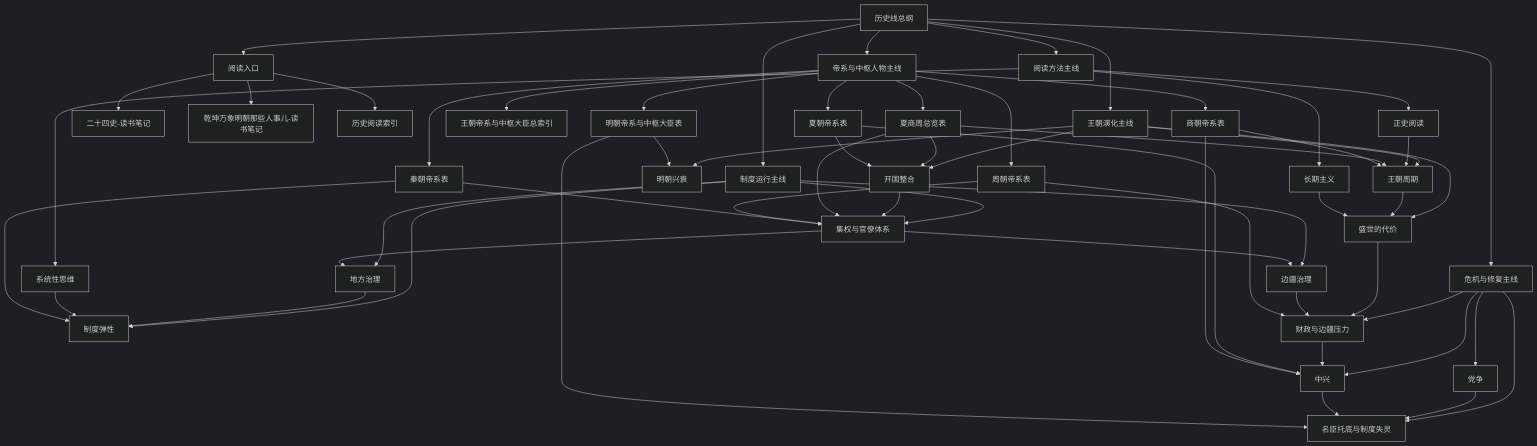
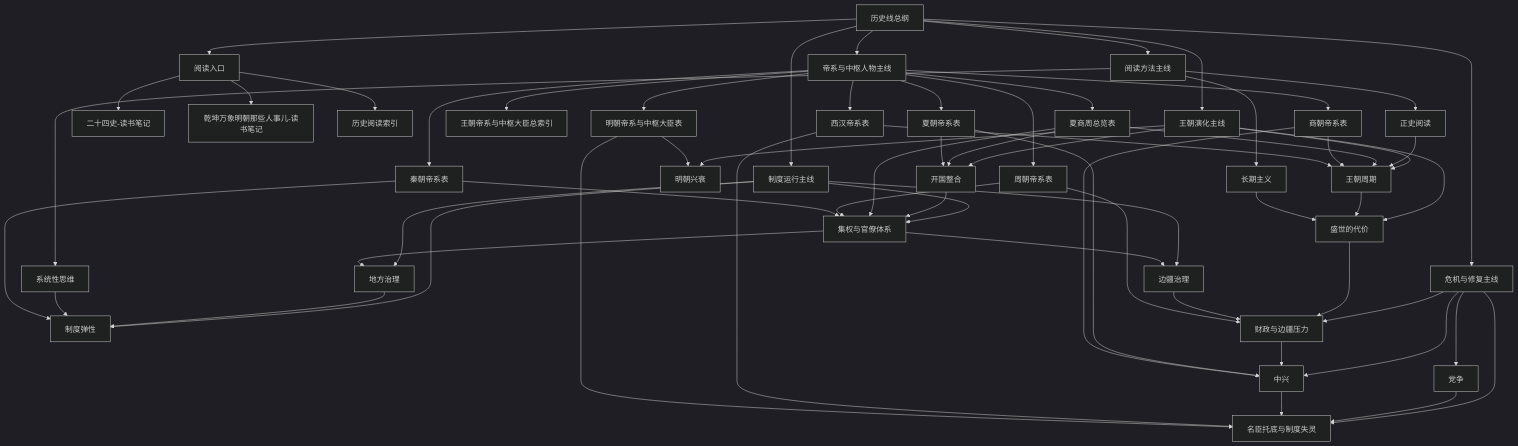
Before and after one commit to zhuguang-ZFG/reading: the diagram in 历史线总纲.md, drawn with Mermaid (dark theme). The commit also changed other lines of this file and 4 other files, not shown here.

````diff
--- a/历史线总纲.md
+++ b/历史线总纲.md
@@ -23,69 +23,72 @@
 ```mermaid
 flowchart TD
     A[历史线总纲]
 
     A --> B[阅读入口]
     A --> C[王朝演化主线]
     A --> D[制度运行主线]
     A --> E[危机与修复主线]
     A --> F[阅读方法主线]
     A --> G[帝系与中枢人物主线]
 
     B --> B1[二十四史-读书笔记]
     B --> B2[乾坤万象明朝那些人事儿-读书笔记]
     B --> B3[历史阅读索引]
 
     C --> C1[开国整合]
     C --> C2[王朝周期]
     C --> C3[盛世的代价]
     C --> C4[明朝兴衰]
 
     D --> D1[集权与官僚体系]
     D --> D2[地方治理]
     D --> D3[边疆治理]
     D --> D4[制度弹性]
 
     E --> E1[财政与边疆压力]
     E --> E2[党争]
     E --> E3[中兴]
     E --> E4[名臣托底与制度失灵]
 
     F --> F1[正史阅读]
     F --> F2[系统性思维]
     F --> F3[长期主义]
 
     G --> G1[王朝帝系与中枢大臣总索引]
     G --> G2[夏商周总览表]
     G --> G3[夏朝帝系表]
     G --> G4[商朝帝系表]
     G --> G5[周朝帝系表]
     G --> G6[秦朝帝系表]
-    G --> G7[明朝帝系与中枢大臣表]
+    G --> G7[西汉帝系表]
+    G --> G8[明朝帝系与中枢大臣表]
 
     C1 --> D1
     C2 --> C3
     C3 --> E1
     D1 --> D2
     D1 --> D3
     D2 --> D4
     D3 --> E1
     E1 --> E3
     E2 --> E4
     E3 --> E4
     F1 --> C2
     F2 --> D4
     F3 --> C3
     G2 --> C1
     G2 --> C2
     G2 --> D1
     G3 --> C1
     G3 --> E3
     G4 --> C2
     G4 --> E3
     G5 --> D1
     G5 --> E1
     G6 --> D1
     G6 --> D4
-    G7 --> C4
+    G7 --> C2
     G7 --> E4
+    G8 --> C4
+    G8 --> E4
 ```
````
